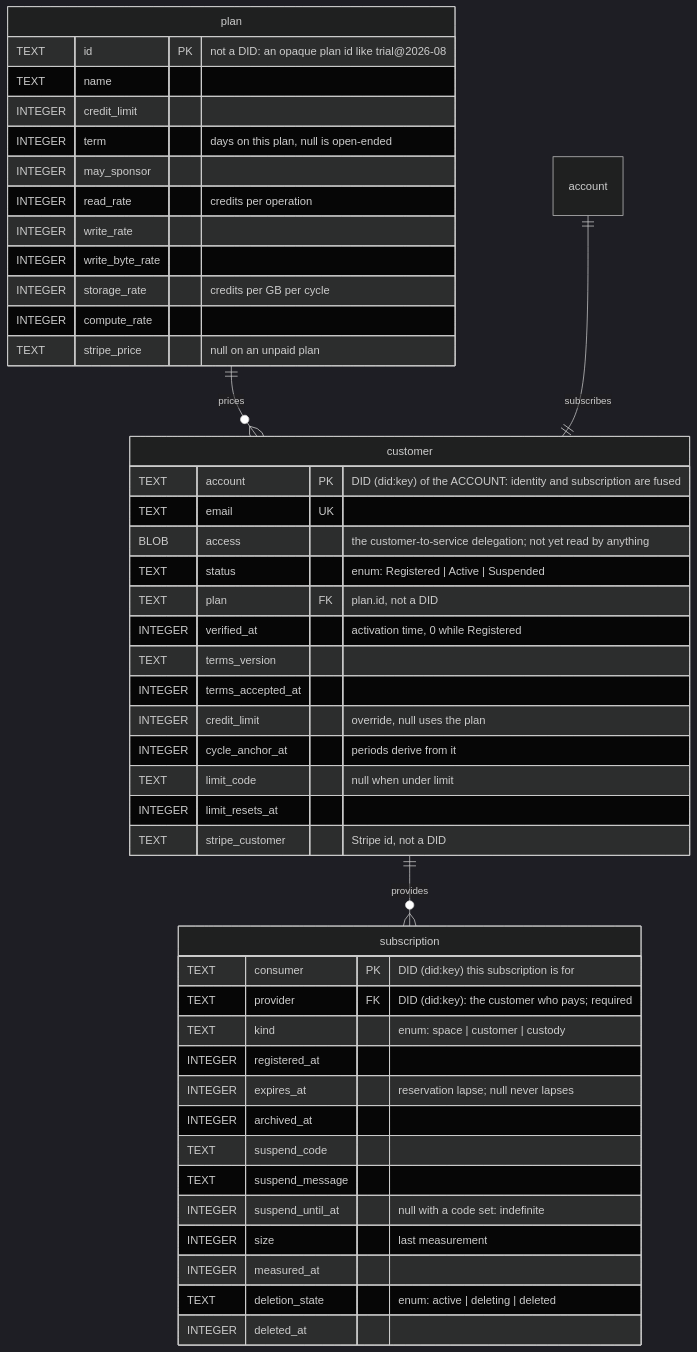
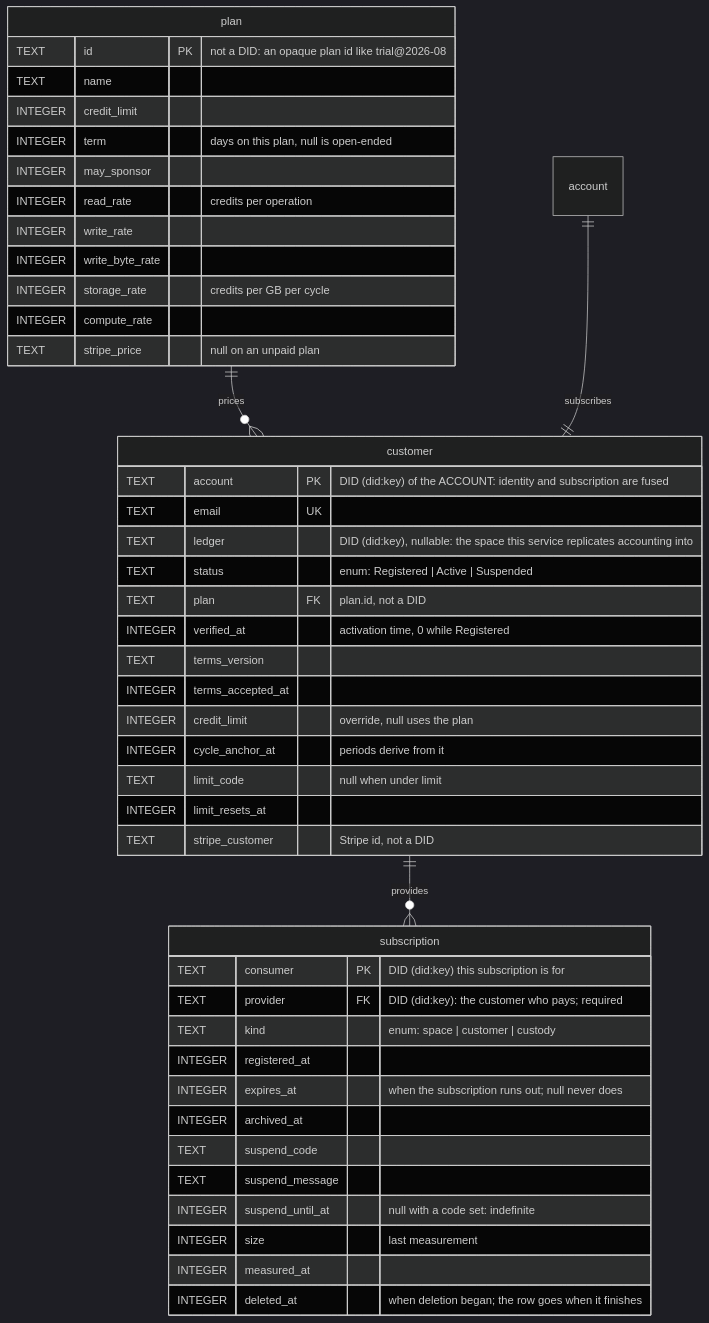
The first of 3 diagrams in docs/access-control-schema.md (tonk-labs/tonk), drawn with Mermaid (dark theme) before and after one commit. The commit also changed other lines of this file and 19 other files, not shown here.

First line of the commit message:
refactor(access): one timestamp for deletion, and operator commands

````diff
--- a/docs/access-control-schema.md
+++ b/docs/access-control-schema.md
@@ -13,52 +13,51 @@
 ```mermaid
 erDiagram
     plan ||--o{ customer : prices
     account ||--|| customer : subscribes
     customer ||--o{ subscription : provides
 
     plan {
         TEXT id PK "not a DID: an opaque plan id like trial@2026-08"
         TEXT name
         INTEGER credit_limit
         INTEGER term "days on this plan, null is open-ended"
         INTEGER may_sponsor
         INTEGER read_rate "credits per operation"
         INTEGER write_rate
         INTEGER write_byte_rate
         INTEGER storage_rate "credits per GB per cycle"
         INTEGER compute_rate
         TEXT stripe_price "null on an unpaid plan"
     }
 
     customer {
         TEXT account PK "DID (did:key) of the ACCOUNT: identity and subscription are fused"
         TEXT email UK
-        BLOB access "the customer-to-service delegation; not yet read by anything"
+        TEXT ledger "DID (did:key), nullable: the space this service replicates accounting into"
         TEXT status "enum: Registered | Active | Suspended"
         TEXT plan FK "plan.id, not a DID"
         INTEGER verified_at "activation time, 0 while Registered"
         TEXT terms_version
         INTEGER terms_accepted_at
         INTEGER credit_limit "override, null uses the plan"
         INTEGER cycle_anchor_at "periods derive from it"
         TEXT limit_code "null when under limit"
         INTEGER limit_resets_at
         TEXT stripe_customer "Stripe id, not a DID"
     }
 
     subscription {
         TEXT consumer PK "DID (did:key) this subscription is for"
         TEXT provider FK "DID (did:key): the customer who pays; required"
         TEXT kind "enum: space | customer | custody"
         INTEGER registered_at
-        INTEGER expires_at "reservation lapse; null never lapses"
+        INTEGER expires_at "when the subscription runs out; null never does"
         INTEGER archived_at
         TEXT suspend_code
         TEXT suspend_message
         INTEGER suspend_until_at "null with a code set: indefinite"
         INTEGER size "last measurement"
         INTEGER measured_at
-        TEXT deletion_state "enum: active | deleting | deleted"
-        INTEGER deleted_at
+        INTEGER deleted_at "when deletion began; the row goes when it finishes"
     }
 ```
````
